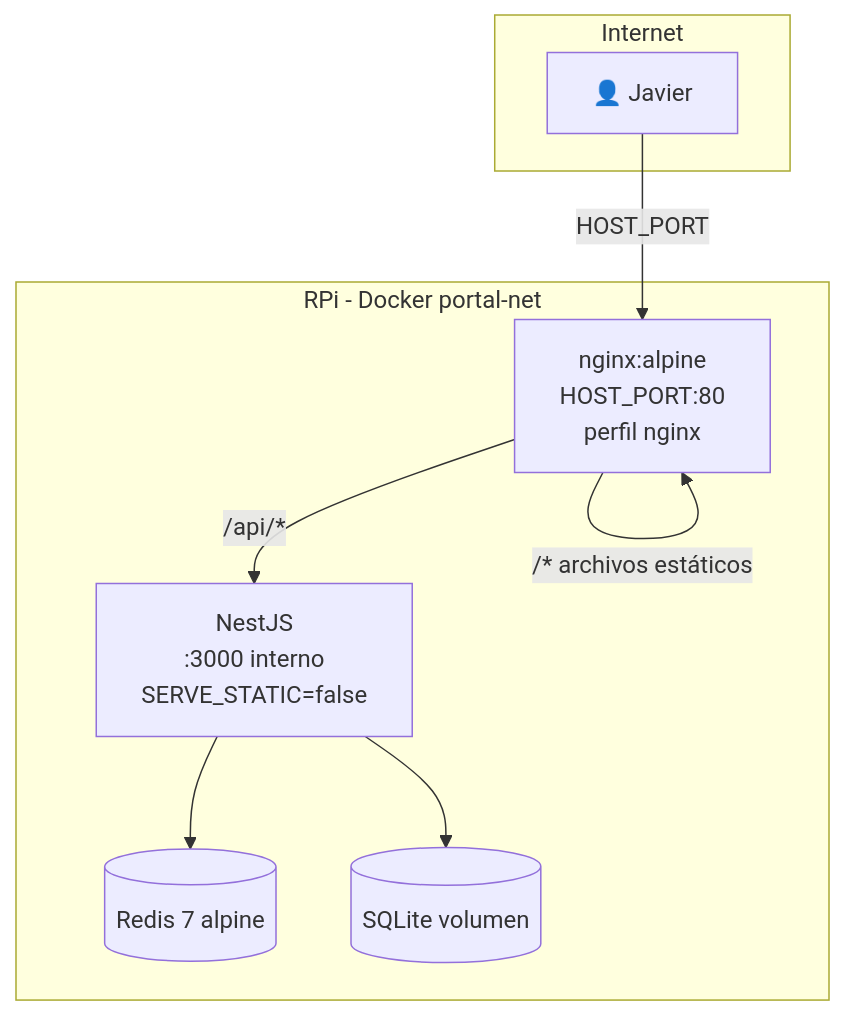
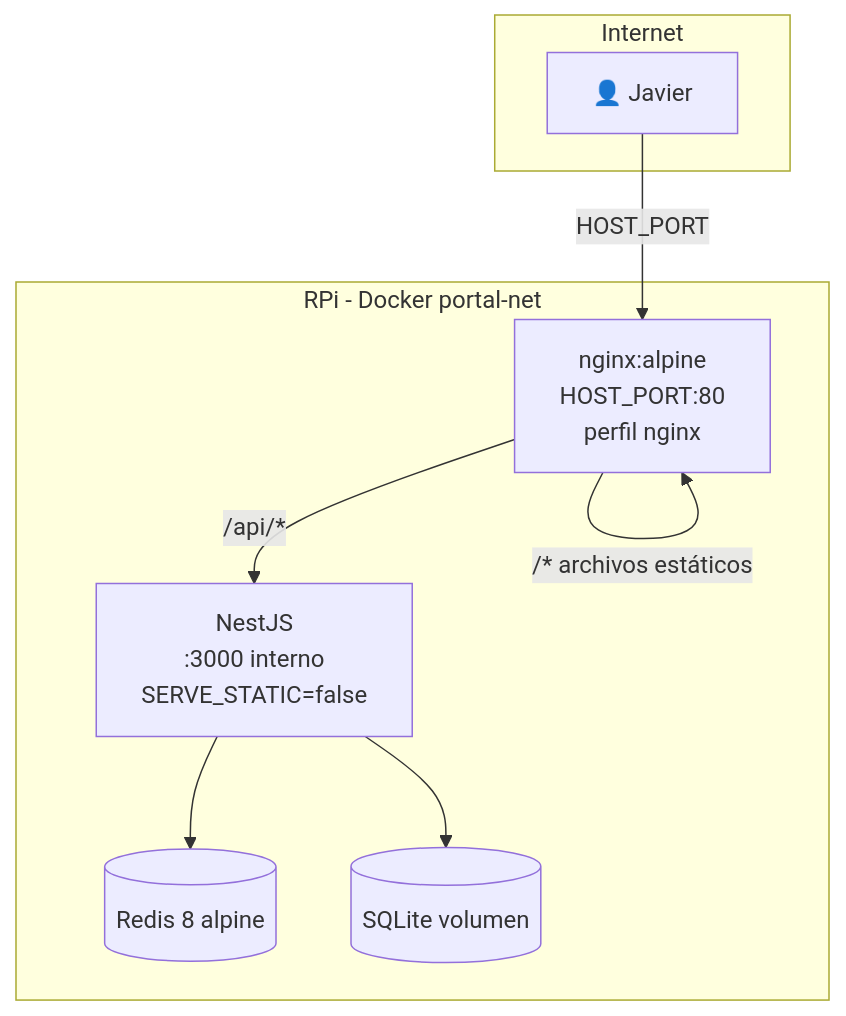
One commit to fjbatresv/daily-portal changed the ninth of 9 diagrams in daily-portal-architecture.md. Above: the diagram before and after it, drawn with Mermaid. The commit also changed other lines of this file and 47 other files, not shown here.

````diff
--- a/daily-portal-architecture.md
+++ b/daily-portal-architecture.md
@@ -455,19 +455,19 @@
 ```mermaid
 graph TB
   subgraph Internet
     USER[👤 Javier]
   end
 
   subgraph RPi - Docker portal-net
     NGINX[nginx:alpine<br/>HOST_PORT:80<br/>perfil nginx]
     NESTJS[NestJS<br/>:3000 interno<br/>SERVE_STATIC=false]
-    REDIS[(Redis 7 alpine)]
+    REDIS[(Redis 8 alpine)]
     SQLITE[(SQLite volumen)]
   end
 
   USER -->|HOST_PORT| NGINX
   NGINX -->|/* archivos estáticos| NGINX
   NGINX -->|/api/*| NESTJS
   NESTJS --> REDIS
   NESTJS --> SQLITE
 ```
````
